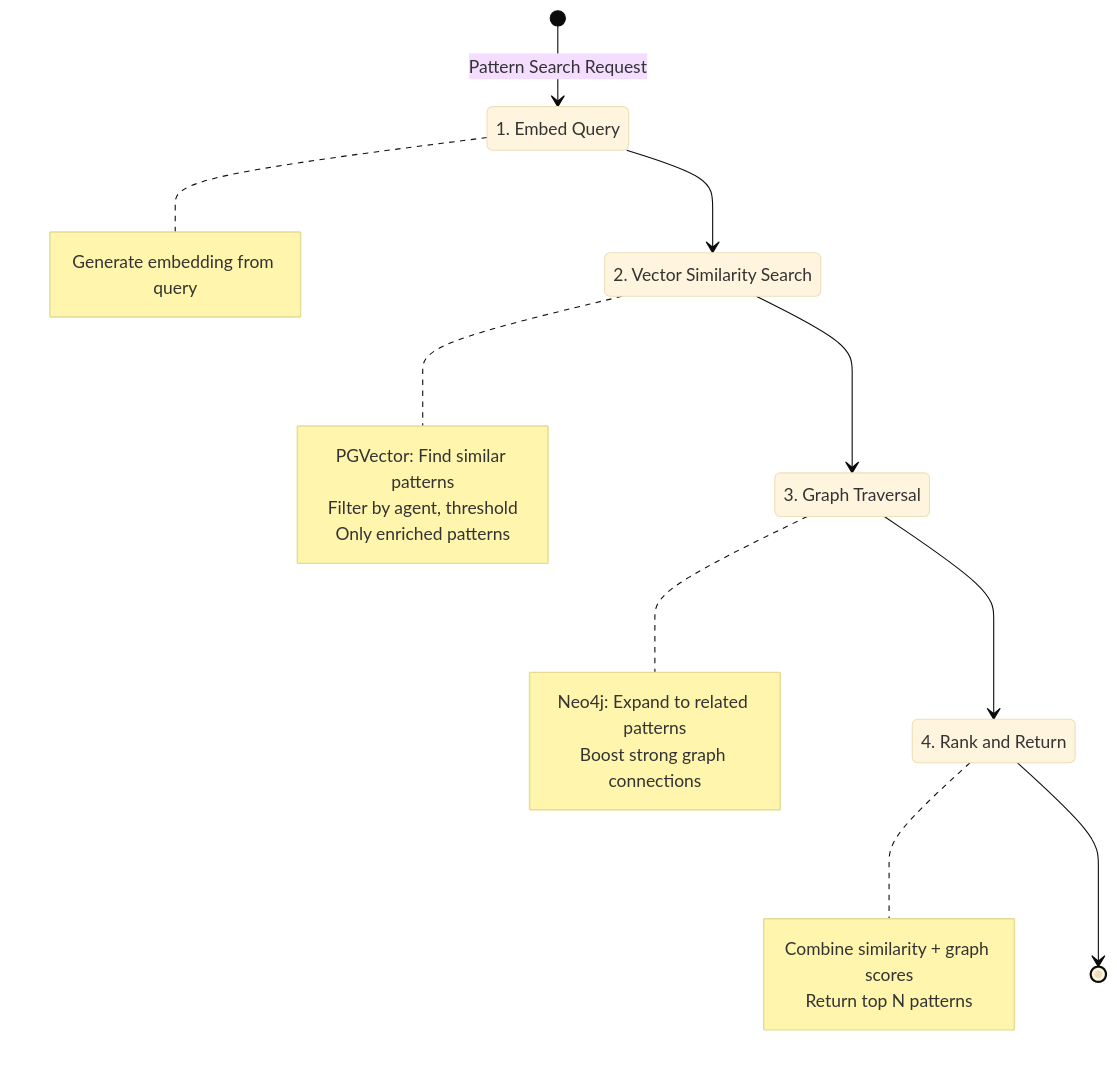
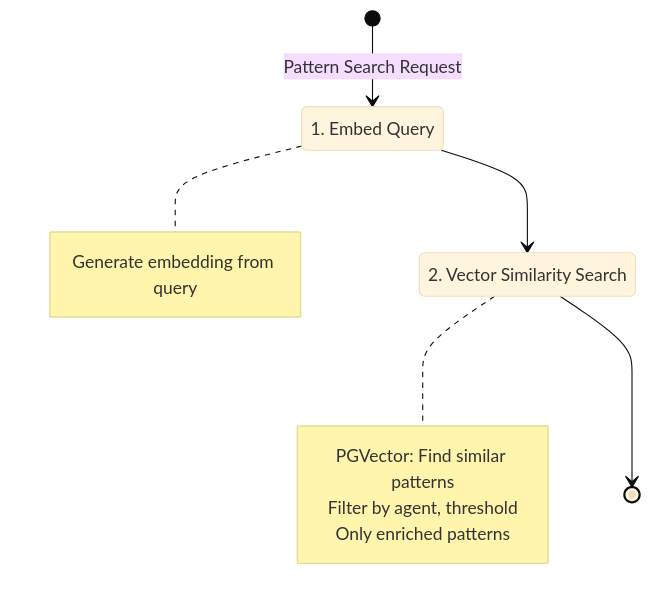
One commit to twistingmercury/mnemonic-mcp changed the third of 6 diagrams in docs/design/pattern-processing.md. Above: the diagram before and after it, drawn with Mermaid (base theme). The commit also changed other lines of this file and 5 other files, not shown here.

````diff
--- a/docs/design/pattern-processing.md
+++ b/docs/design/pattern-processing.md
@@ -264,36 +276,20 @@
 ```mermaid
 stateDiagram-v2
     [*] --> EmbedQuery: Pattern Search Request
 
     state "1. Embed Query" as EmbedQuery
     note right of EmbedQuery
         Generate embedding from query
     end note
 
     EmbedQuery --> VectorSearch
 
     state "2. Vector Similarity Search" as VectorSearch
     note right of VectorSearch
         PGVector: Find similar patterns
         Filter by agent, threshold
         Only enriched patterns
     end note
 
-    VectorSearch --> GraphTraversal
-
-    state "3. Graph Traversal" as GraphTraversal
-    note right of GraphTraversal
-        Neo4j: Expand to related patterns
-        Boost strong graph connections
-    end note
-
-    GraphTraversal --> RankAndReturn
-
-    state "4. Rank and Return" as RankAndReturn
-    note right of RankAndReturn
-        Combine similarity + graph scores
-        Return top N patterns
-    end note
-
-    RankAndReturn --> [*]
+    VectorSearch --> [*]
 ```
````
